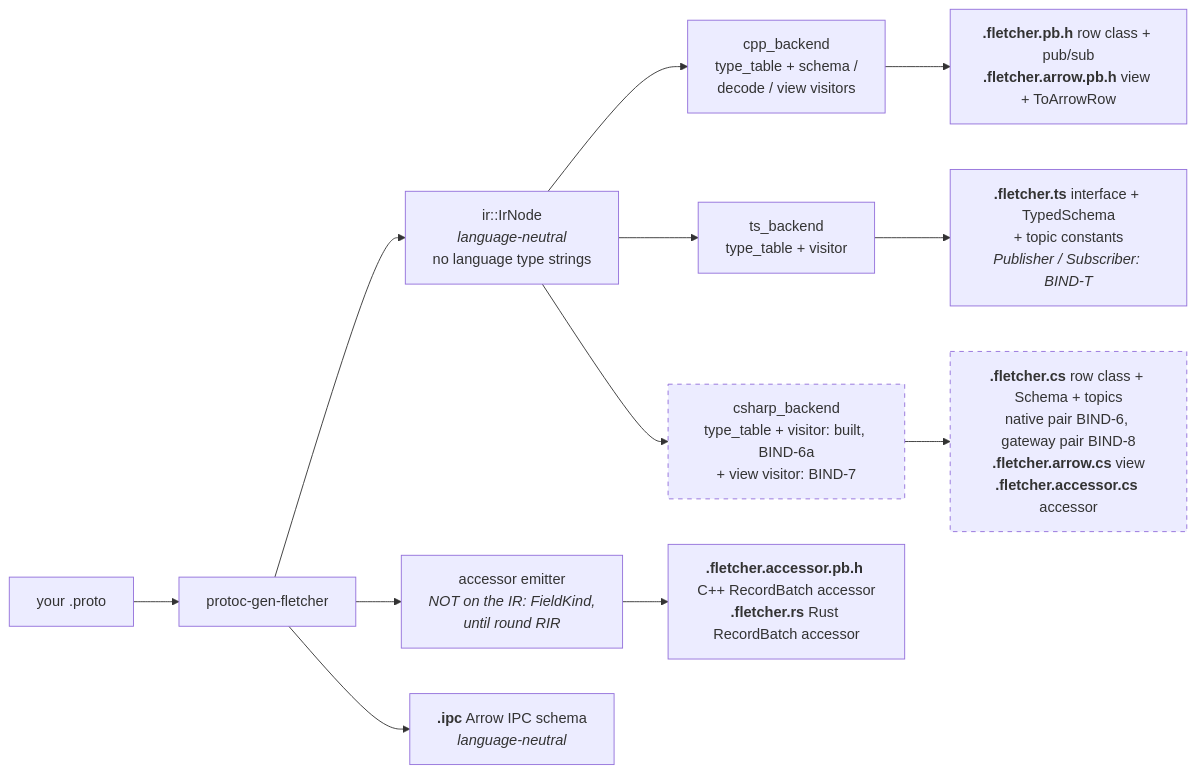
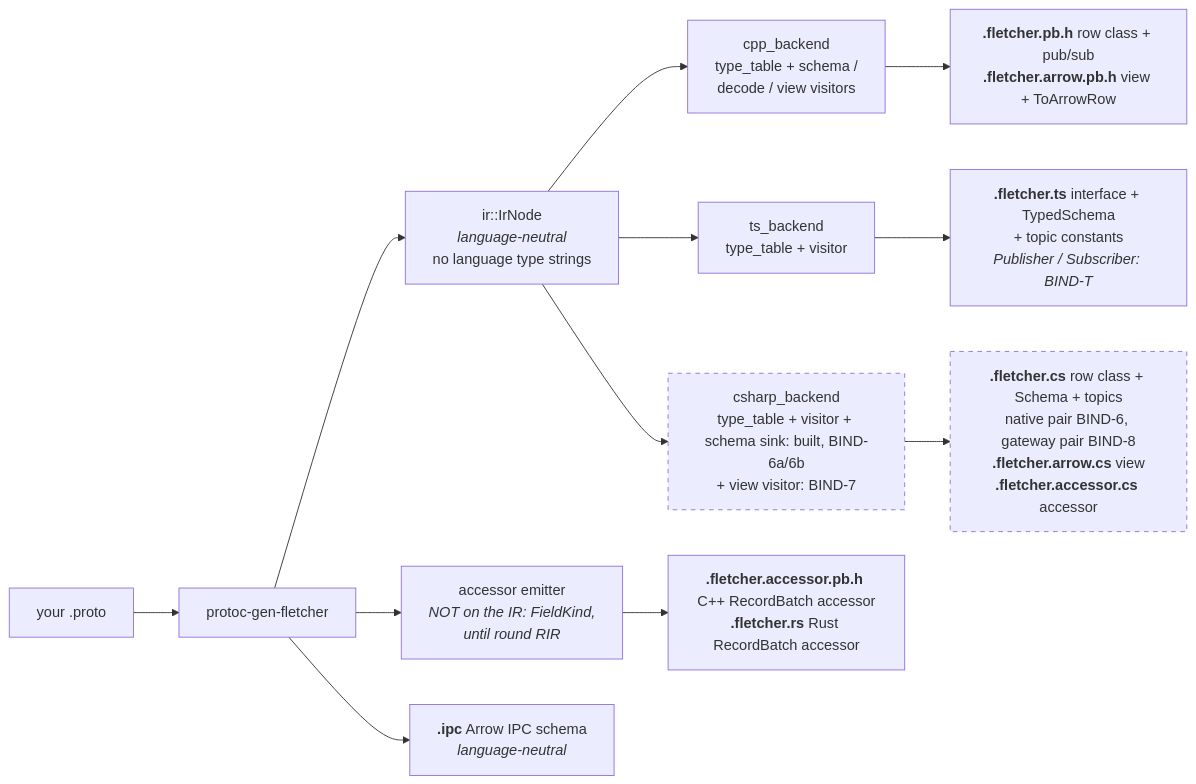
The second of 12 diagrams in plans/BIND-architecture-diagrams.md (eivacom/Fletcher), drawn with Mermaid before and after one commit. The commit also changed other lines of this file and 13 other files, not shown here.

First line of the commit message:
BIND-C#: BIND-6b-1, Schema through a third SchemaSink, and ToArrow/FromArrow for scalar-only messages

````diff
--- a/plans/BIND-architecture-diagrams.md
+++ b/plans/BIND-architecture-diagrams.md
@@ -199,21 +199,21 @@
 ```mermaid
 flowchart LR
     PROTO["your .proto"] --> PLUGIN["protoc-gen-fletcher"]
     PLUGIN --> IR["ir::IrNode<br/><i>language-neutral</i><br/>no language type strings"]
 
     IR --> CPPB["cpp_backend<br/>type_table + schema /<br/>decode / view visitors"]
     IR --> TSB["ts_backend<br/>type_table + visitor"]
-    IR --> CSB["csharp_backend<br/>type_table + visitor: built, BIND-6a<br/>+ view visitor: BIND-7"]
+    IR --> CSB["csharp_backend<br/>type_table + visitor + schema sink: built, BIND-6a/6b<br/>+ view visitor: BIND-7"]
 
     PLUGIN --> ACC["accessor emitter<br/><i>NOT on the IR: FieldKind,<br/>until round RIR</i>"]
 
     CPPB --> GCPP["<b>.fletcher.pb.h</b> row class + pub/sub<br/><b>.fletcher.arrow.pb.h</b> view + ToArrowRow"]
     TSB --> GTS["<b>.fletcher.ts</b> interface + TypedSchema<br/>+ topic constants<br/><i>Publisher / Subscriber: BIND-T</i>"]
     ACC --> GACC["<b>.fletcher.accessor.pb.h</b> C++ RecordBatch accessor<br/><b>.fletcher.rs</b> Rust RecordBatch accessor"]
     CSB --> GCS["<b>.fletcher.cs</b> row class + Schema + topics<br/>native pair BIND-6, gateway pair BIND-8<br/><b>.fletcher.arrow.cs</b> view<br/><b>.fletcher.accessor.cs</b> accessor"]
 
     PLUGIN --> IPC["<b>.ipc</b> Arrow IPC schema<br/><i>language-neutral</i>"]
 
     classDef planned stroke-dasharray: 5 5
     class CSB,GCS planned
 ```
````
